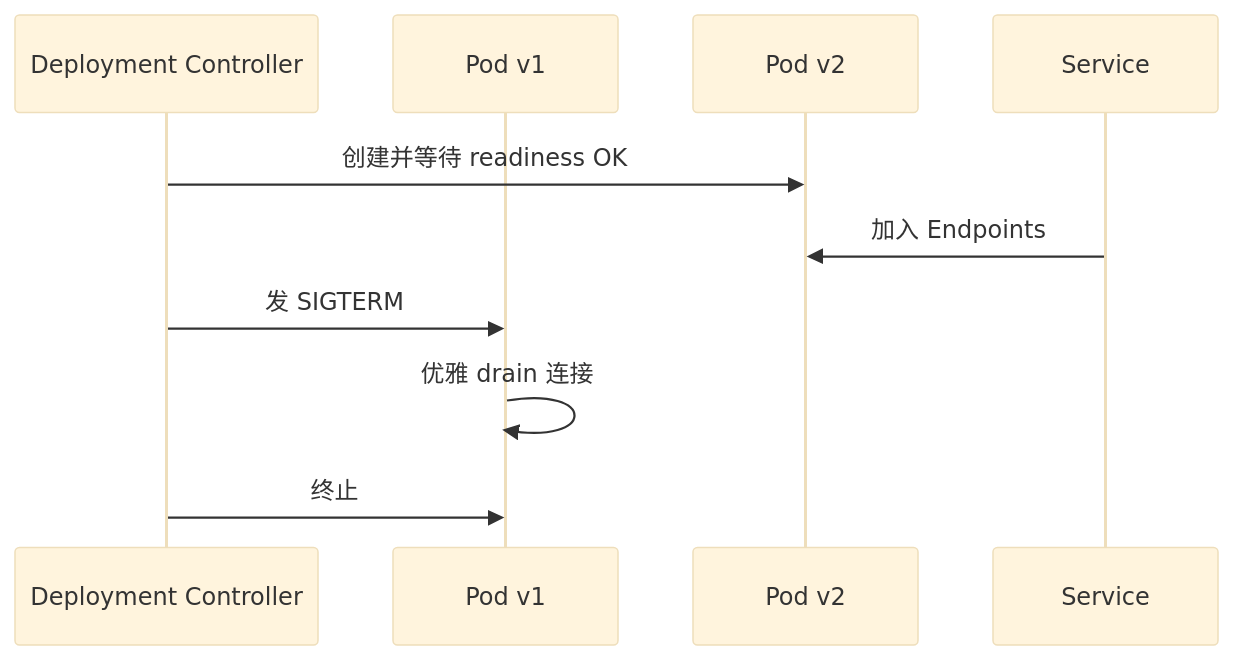
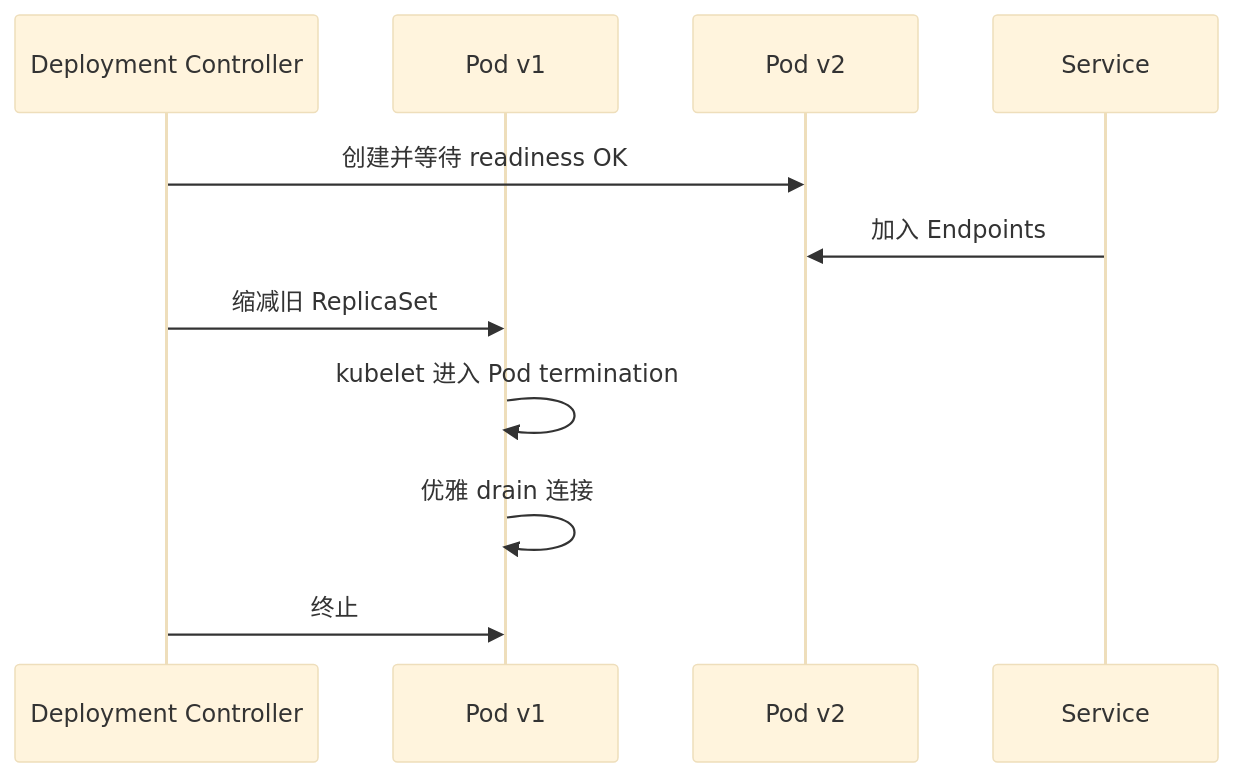
Before and after one commit to twodog-tt/Golang-development-manual: the diagram in docs/interview/09-cloud-native/S-CLOUD-04-rolling-update-probes-pdb.md, drawn with Mermaid (base theme). The commit also changed other lines of this file and 438 other files, not shown here.

````diff
--- a/docs/interview/09-cloud-native/S-CLOUD-04-rolling-update-probes-pdb.md
+++ b/docs/interview/09-cloud-native/S-CLOUD-04-rolling-update-probes-pdb.md
@@ -30,12 +30,13 @@
 ```mermaid
 sequenceDiagram
   participant Ctrl as Deployment Controller
   participant Old as Pod v1
   participant New as Pod v2
   participant Svc as Service
   Ctrl->>New: 创建并等待 readiness OK
   Svc->>New: 加入 Endpoints
-  Ctrl->>Old: 发 SIGTERM
+  Ctrl->>Old: 缩减旧 ReplicaSet
+  Old->>Old: kubelet 进入 Pod termination
   Old->>Old: 优雅 drain 连接
   Ctrl->>Old: 终止
 ```
````
